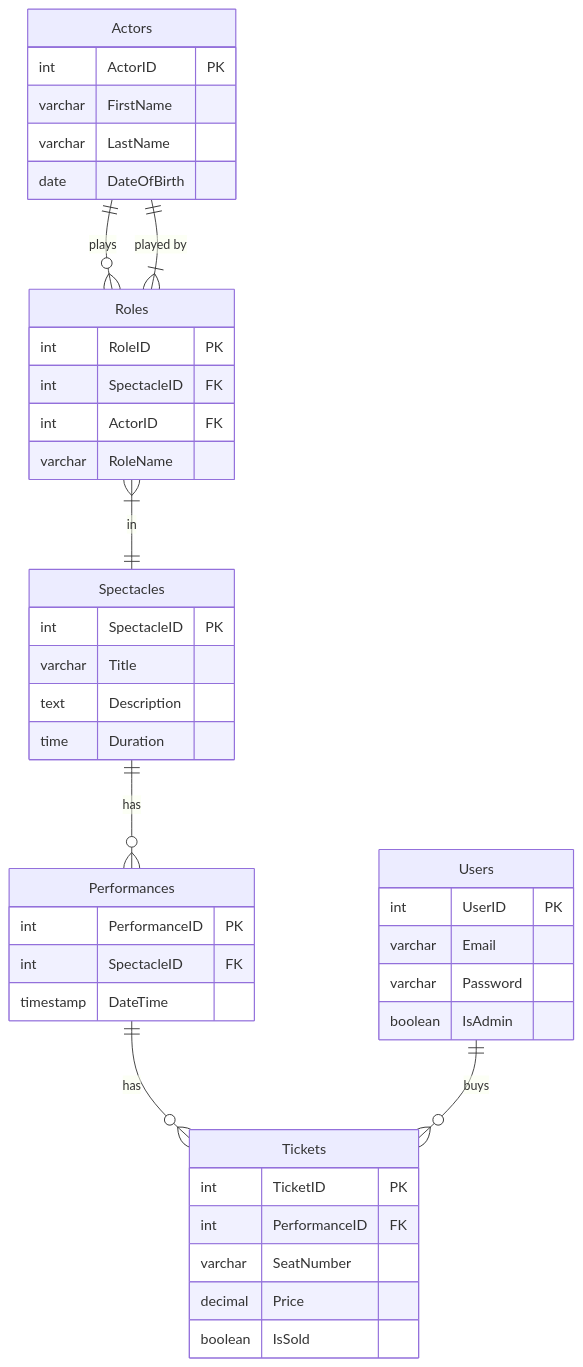
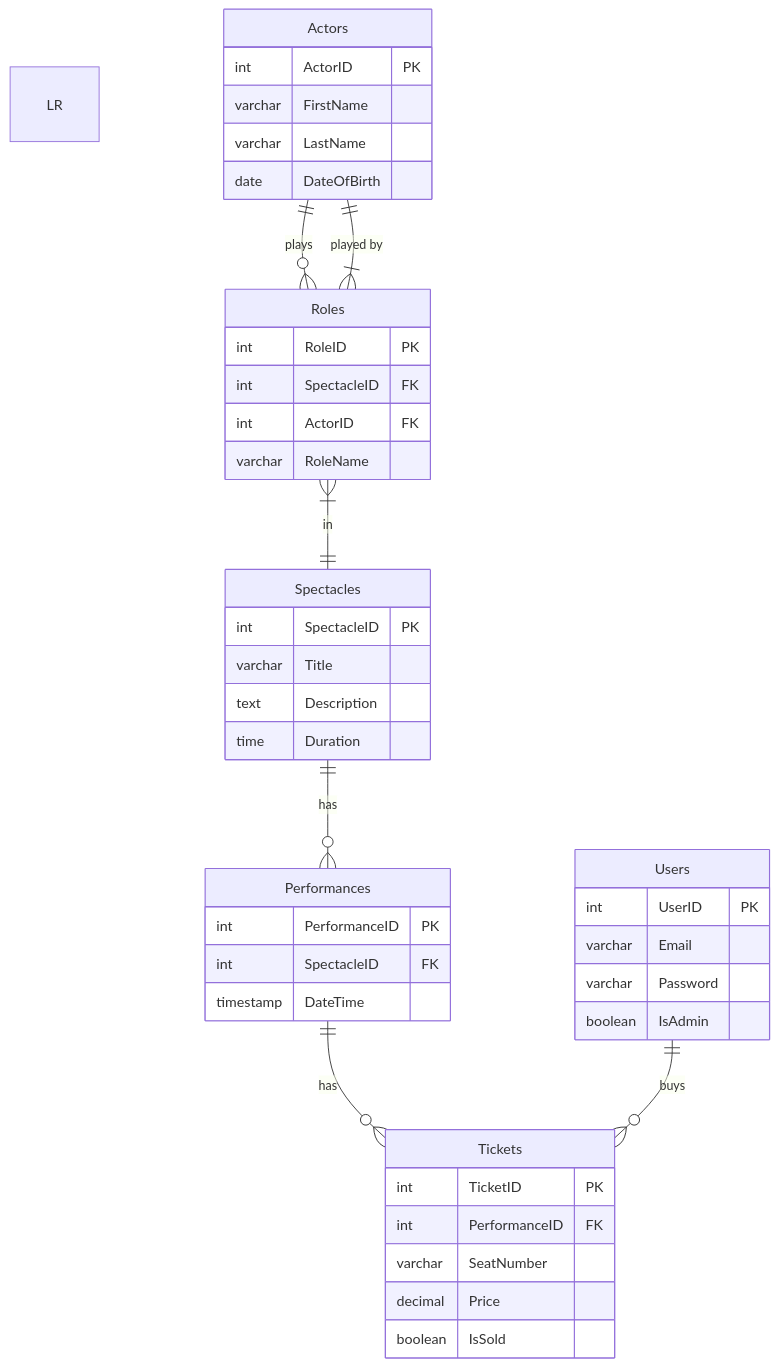
Before and after one commit to ThePigeonKing/Database2023: the diagram in ksv/lab2_1/README.md, drawn with Mermaid.

Commit message:
mermaid fix

````diff
--- a/ksv/lab2_1/README.md
+++ b/ksv/lab2_1/README.md
@@ -50,50 +50,50 @@
 ```mermaid
-erDiagram
+erDiagram LR
     Spectacles ||--o{ Performances : "has"
     Spectacles {
         int SpectacleID PK
         varchar Title
         text Description
         time Duration
     }
 
     Performances ||--o{ Tickets : "has"
     Performances {
         int PerformanceID PK
         int SpectacleID FK
         timestamp DateTime
     }
 
     Tickets {
         int TicketID PK
         int PerformanceID FK
         varchar SeatNumber
         decimal Price
         boolean IsSold
     }
 
     Actors ||--o{ Roles : "plays"
     Actors {
         int ActorID PK
         varchar FirstName
         varchar LastName
         date DateOfBirth
     }
 
     Roles }|--|| Spectacles : "in"
     Roles }|--|| Actors : "played by"
     Roles {
         int RoleID PK
         int SpectacleID FK
         int ActorID FK
         varchar RoleName
     }
 
     Users ||--o{ Tickets : "buys"
     Users {
         int UserID PK
         varchar Email
         varchar Password
         boolean IsAdmin
     }
 ```
````
